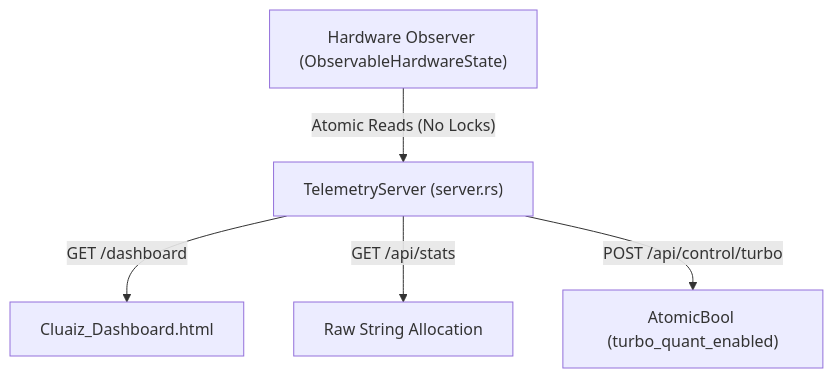
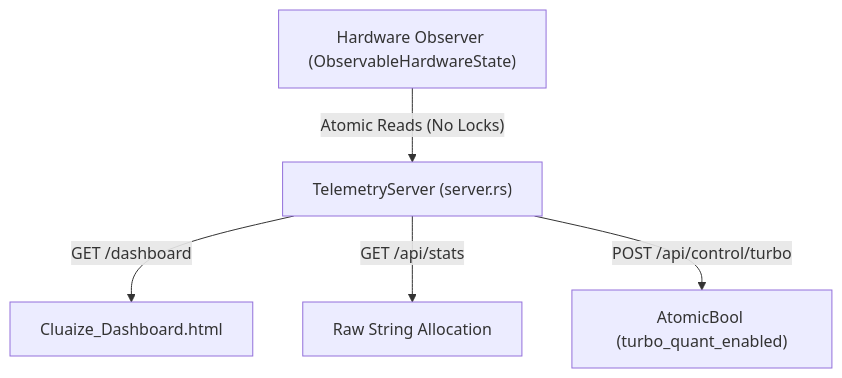
One commit to ayan-kushwaha/Cluaiz- changed the diagram in Inference-engine/engines/src/api/README.md. Above: the diagram before and after it, drawn with Mermaid. The commit also changed other lines of this file and 395 other files, not shown here.

````diff
--- a/Inference-engine/engines/src/api/README.md
+++ b/Inference-engine/engines/src/api/README.md
@@ -15,7 +15,7 @@
 ```mermaid
 graph TD
     Observer["Hardware Observer (ObservableHardwareState)"] -->|"Atomic Reads (No Locks)"| TCP["TelemetryServer (server.rs)"]
-    TCP -->|"GET /dashboard"| HTML["Cluaiz_Dashboard.html"]
+    TCP -->|"GET /dashboard"| HTML["Cluaize_Dashboard.html"]
     TCP -->|"GET /api/stats"| JSON["Raw String Allocation"]
     TCP -->|"POST /api/control/turbo"| Atomic["AtomicBool (turbo_quant_enabled)"]
 ```
````
